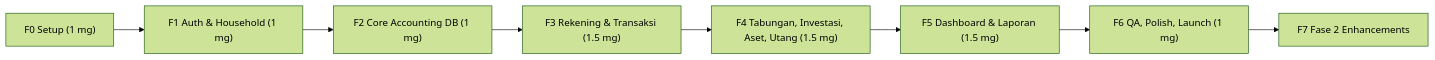
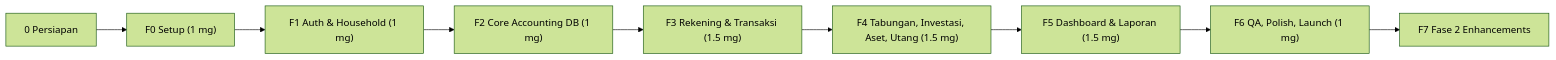
Before and after one commit to agirahmawandi/RumahBahagia: the diagram in doc-app/06-IPD.md, drawn with Mermaid (forest theme). The commit also changed other lines of this file and 113 other files, not shown here.

````diff
--- a/doc-app/06-IPD.md
+++ b/doc-app/06-IPD.md
@@ -8,10 +9,11 @@
 ```mermaid
 flowchart LR
-  F0["F0 Setup (1 mg)"] --> F1["F1 Auth & Household (1 mg)"]
+  P["0 Persiapan"] --> F0["F0 Setup (1 mg)"]
+  F0 --> F1["F1 Auth & Household (1 mg)"]
   F1 --> F2["F2 Core Accounting DB (1 mg)"]
   F2 --> F3["F3 Rekening & Transaksi (1.5 mg)"]
   F3 --> F4["F4 Tabungan, Investasi, Aset, Utang (1.5 mg)"]
   F4 --> F5["F5 Dashboard & Laporan (1.5 mg)"]
   F5 --> F6["F6 QA, Polish, Launch (1 mg)"]
   F6 --> F7["F7 Fase 2 Enhancements"]
 ```
````
